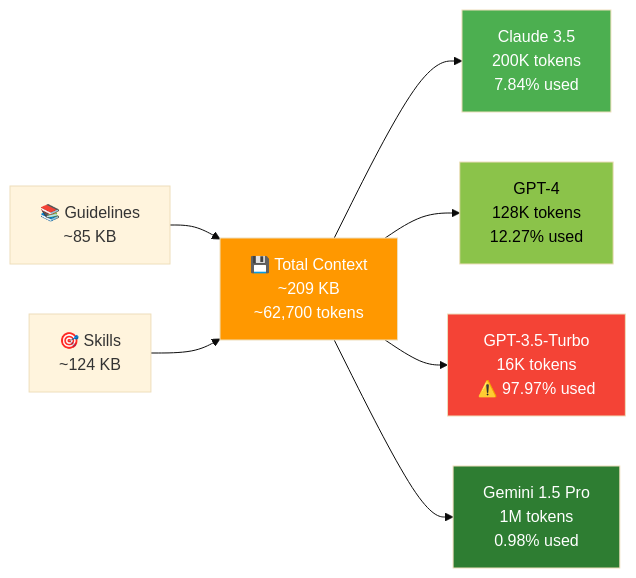
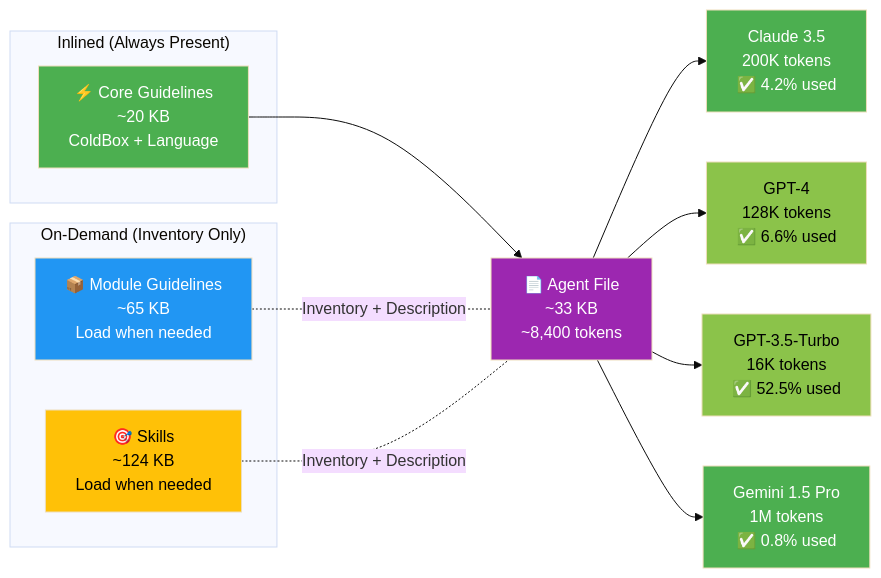
The fifth of 8 diagrams in AI_INTEGRATION.md (ColdBox/coldbox-cli), drawn with Mermaid (base theme) before and after one commit. The commit also changed other lines of this file and 1 other file, not shown here.

````diff
--- a/AI_INTEGRATION.md
+++ b/AI_INTEGRATION.md
@@ -346,20 +332,31 @@
 ```mermaid
 flowchart LR
-    Guidelines["📚 Guidelines<br/>~85 KB"]
-    Skills["🎯 Skills<br/>~124 KB"]
-    Total["💾 Total Context<br/>~209 KB<br/>~62,700 tokens"]
+    subgraph "Inlined (Always Present)"
+        Core["⚡ Core Guidelines<br/>~20 KB<br/>ColdBox + Language"]
+    end
+    
+    subgraph "On-Demand (Inventory Only)"
+        ModuleG["📦 Module Guidelines<br/>~65 KB<br/>Load when needed"]
+        Skills["🎯 Skills<br/>~124 KB<br/>Load when needed"]
+    end
+    
+    AgentFile["📄 Agent File<br/>~33 KB<br/>~8,400 tokens"]
+    
+    Core --> AgentFile
+    ModuleG -.-|"Inventory + Description"| AgentFile
+    Skills -.-|"Inventory + Description"| AgentFile
 
-    Guidelines --> Total
-    Skills --> Total
+    AgentFile --> Claude["Claude 3.5<br/>200K tokens<br/>✅ 4.2% used"]
+    AgentFile --> GPT4["GPT-4<br/>128K tokens<br/>✅ 6.6% used"]
+    AgentFile --> GPT35["GPT-3.5-Turbo<br/>16K tokens<br/>✅ 52.5% used"]
+    AgentFile --> Gemini["Gemini 1.5 Pro<br/>1M tokens<br/>✅ 0.8% used"]
 
-    Total --> Claude["Claude 3.5<br/>200K tokens<br/>7.84% used"]
-    Total --> GPT4["GPT-4<br/>128K tokens<br/>12.27% used"]
-    Total --> GPT35["GPT-3.5-Turbo<br/>16K tokens<br/>⚠️ 97.97% used"]
-    Total --> Gemini["Gemini 1.5 Pro<br/>1M tokens<br/>0.98% used"]
-
-    style Total fill:#ff9800,color:#fff
+    style Core fill:#4caf50,color:#fff
+    style ModuleG fill:#2196f3,color:#fff
+    style Skills fill:#ffc107,color:#000
+    style AgentFile fill:#9c27b0,color:#fff
     style Claude fill:#4caf50,color:#fff
     style GPT4 fill:#8bc34a,color:#000
-    style GPT35 fill:#f44336,color:#fff
-    style Gemini fill:#2e7d32,color:#fff
+    style GPT35 fill:#8bc34a,color:#000
+    style Gemini fill:#4caf50,color:#fff
 ```
````
